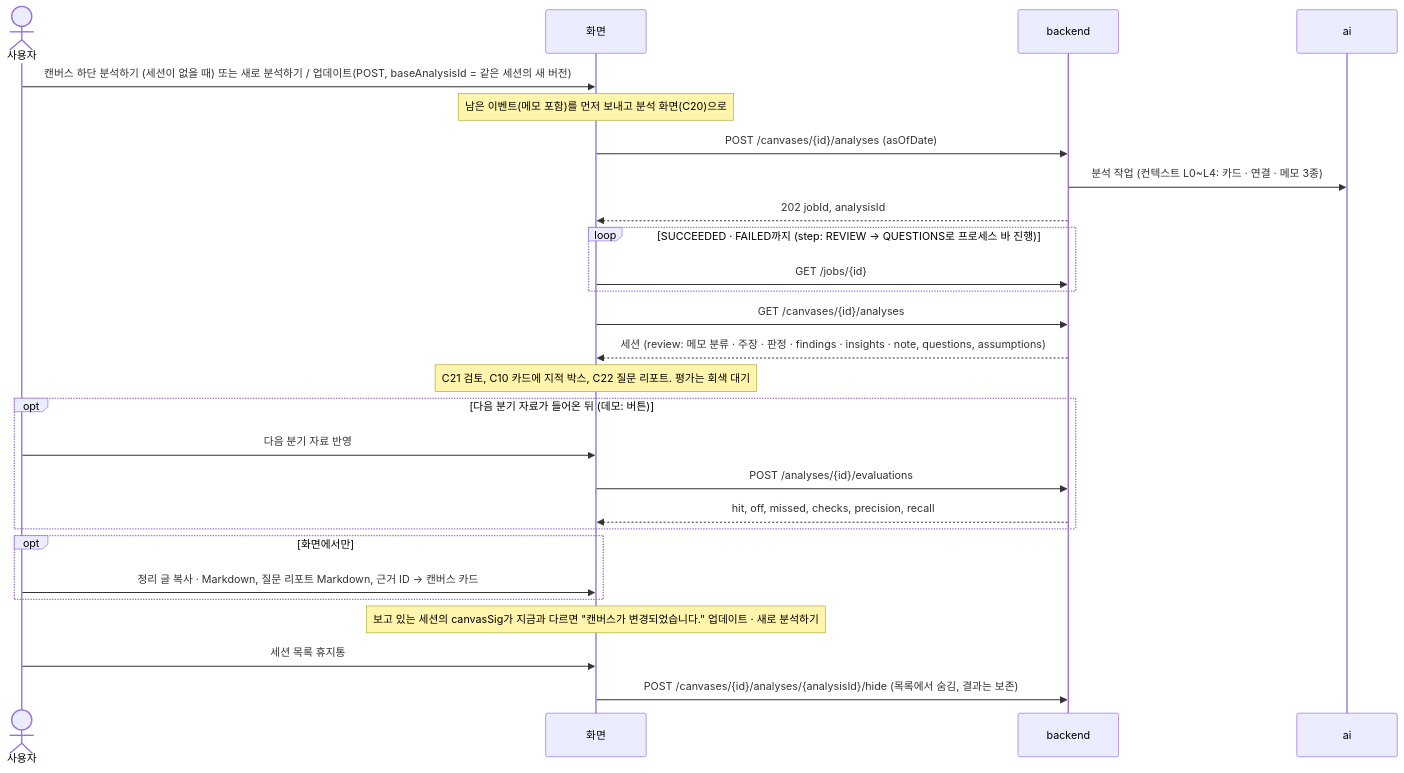
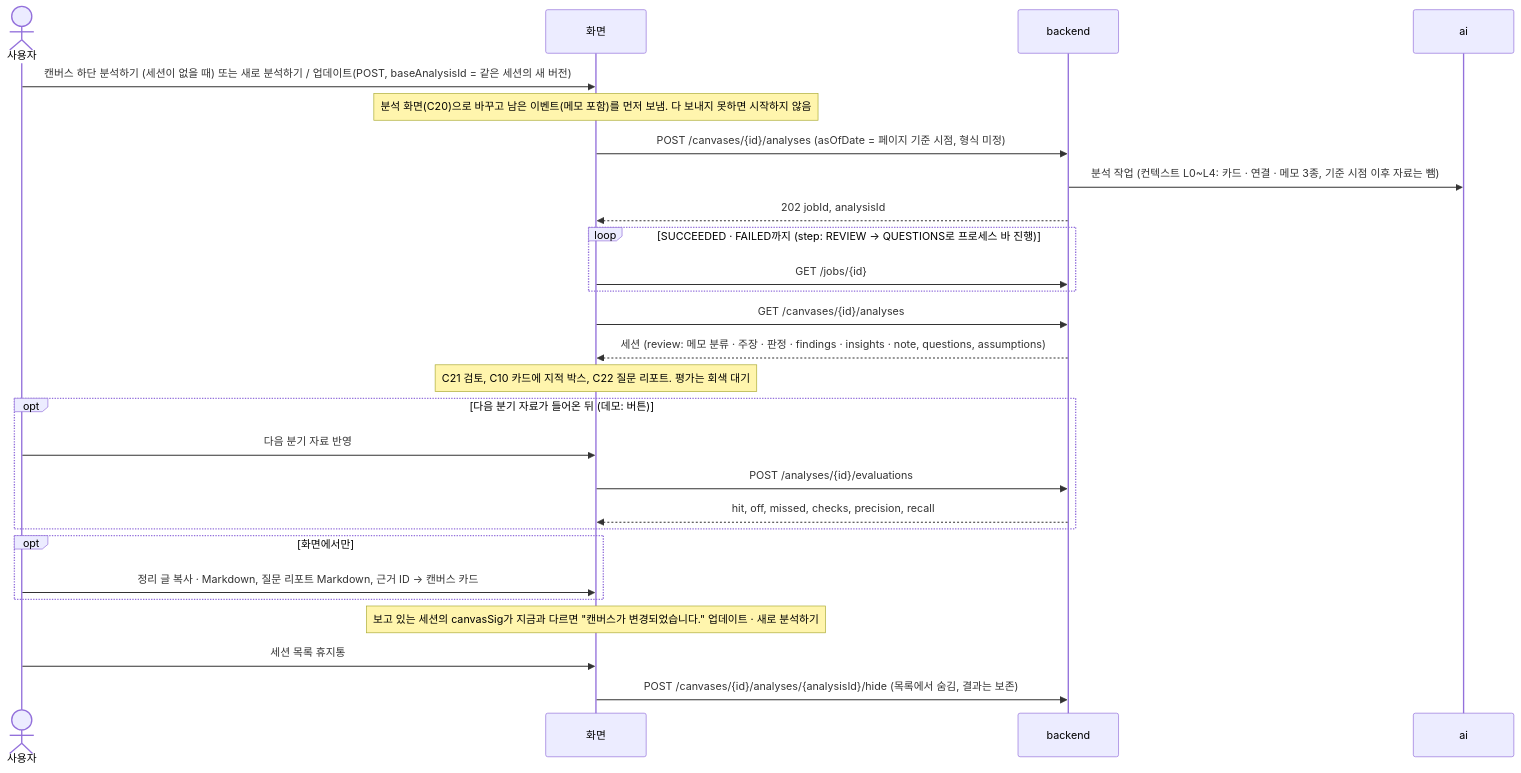
The seventh of 8 diagrams in docs/frontend/api-diagram.md (vamos-team/telescope), drawn with Mermaid before and after one commit. The commit also changed other lines of this file and 3 other files, not shown here.

````diff
--- a/docs/frontend/api-diagram.md
+++ b/docs/frontend/api-diagram.md
@@ -217,32 +223,32 @@
 ```mermaid
 sequenceDiagram
   actor U as 사용자
   participant F as 화면
   participant B as backend
   participant A as ai
 
   U->>F: 캔버스 하단 분석하기 (세션이 없을 때) 또는 새로 분석하기 / 업데이트(POST, baseAnalysisId = 같은 세션의 새 버전)
-  Note over F: 남은 이벤트(메모 포함)를 먼저 보내고 분석 화면(C20)으로
-  F->>B: POST /canvases/{id}/analyses (asOfDate)
-  B->>A: 분석 작업 (컨텍스트 L0~L4: 카드 · 연결 · 메모 3종)
+  Note over F: 분석 화면(C20)으로 바꾸고 남은 이벤트(메모 포함)를 먼저 보냄. 다 보내지 못하면 시작하지 않음
+  F->>B: POST /canvases/{id}/analyses (asOfDate = 페이지 기준 시점, 형식 미정)
+  B->>A: 분석 작업 (컨텍스트 L0~L4: 카드 · 연결 · 메모 3종, 기준 시점 이후 자료는 뺌)
   B-->>F: 202 jobId, analysisId
   loop SUCCEEDED · FAILED까지 (step: REVIEW → QUESTIONS로 프로세스 바 진행)
     F->>B: GET /jobs/{id}
   end
   F->>B: GET /canvases/{id}/analyses
   B-->>F: 세션 (review: 메모 분류 · 주장 · 판정 · findings · insights · note, questions, assumptions)
   Note over F: C21 검토, C10 카드에 지적 박스, C22 질문 리포트. 평가는 회색 대기
 
   opt 다음 분기 자료가 들어온 뒤 (데모: 버튼)
     U->>F: 다음 분기 자료 반영
     F->>B: POST /analyses/{id}/evaluations
     B-->>F: hit, off, missed, checks, precision, recall
   end
 
   opt 화면에서만
     U->>F: 정리 글 복사 · Markdown, 질문 리포트 Markdown, 근거 ID → 캔버스 카드
   end
   Note over F: 보고 있는 세션의 canvasSig가 지금과 다르면 "캔버스가 변경되었습니다." 업데이트 · 새로 분석하기
   U->>F: 세션 목록 휴지통
   F->>B: POST /canvases/{id}/analyses/{analysisId}/hide (목록에서 숨김, 결과는 보존)
 ```
````
